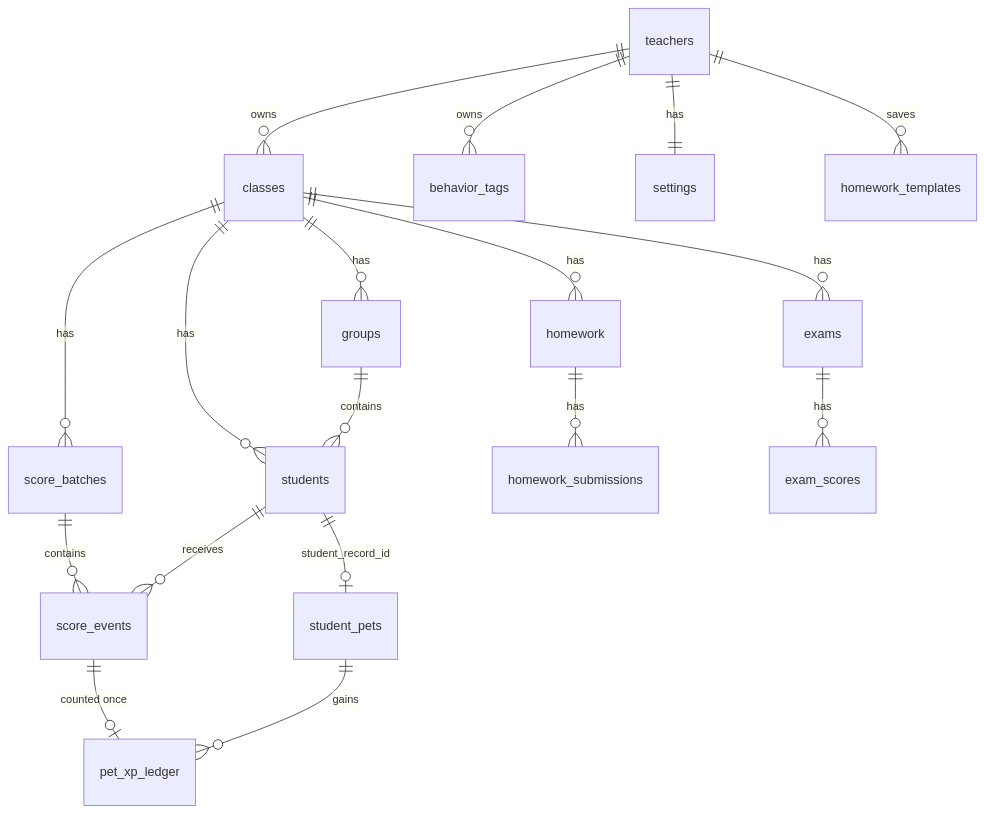
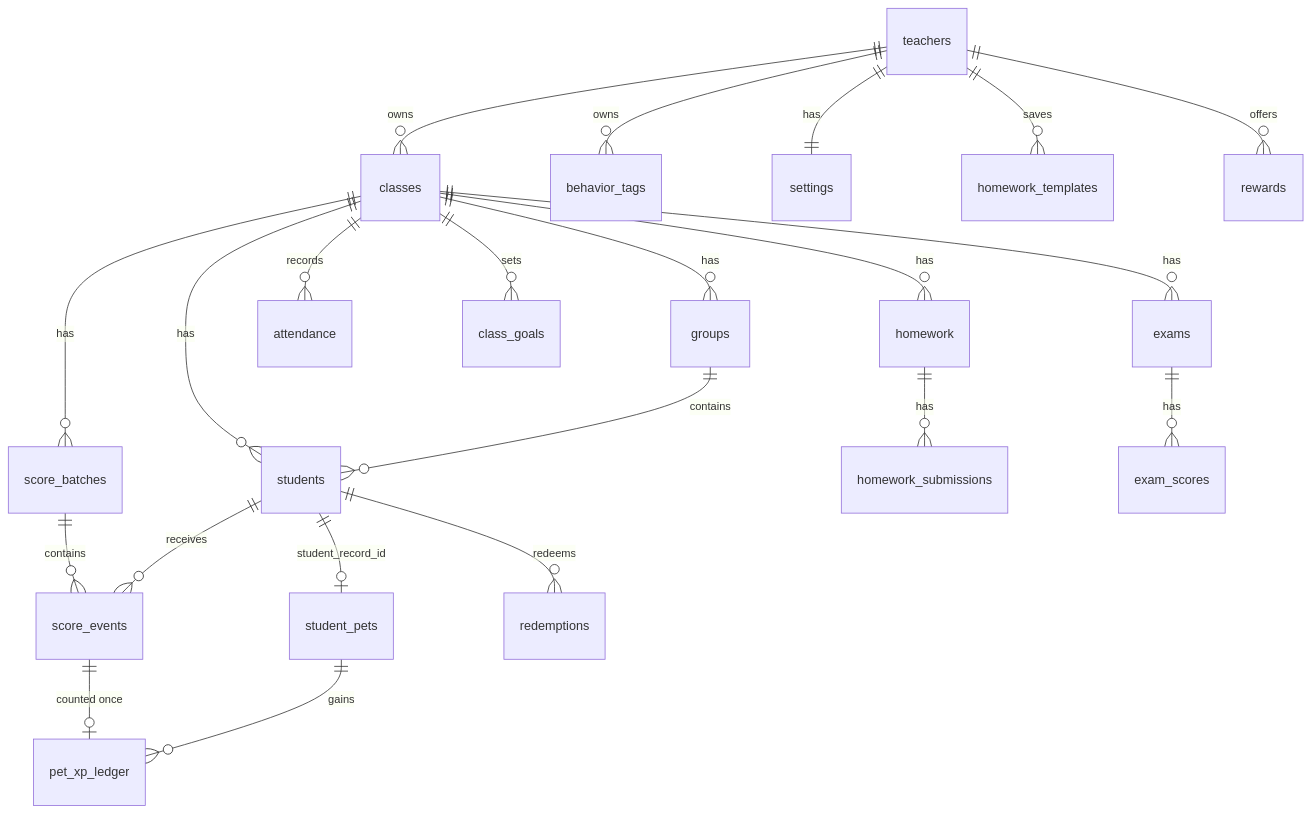
The diagram in docs/database.md (pomanworking-cmyk/tickandmark), drawn with Mermaid before and after one commit. The commit also changed other lines of this file and 18 other files, not shown here.

````diff
--- a/docs/database.md
+++ b/docs/database.md
@@ -5,20 +5,24 @@
 ```mermaid
 erDiagram
   teachers ||--o{ classes : owns
   teachers ||--o{ behavior_tags : owns
   teachers ||--|| settings : has
   classes ||--o{ students : has
   classes ||--o{ groups : has
   groups ||--o{ students : contains
   students ||--o| student_pets : "student_record_id"
   classes ||--o{ score_batches : has
   score_batches ||--o{ score_events : contains
   students ||--o{ score_events : receives
   score_events ||--o| pet_xp_ledger : "counted once"
   student_pets ||--o{ pet_xp_ledger : gains
   classes ||--o{ homework : has
   homework ||--o{ homework_submissions : has
   teachers ||--o{ homework_templates : saves
+  classes ||--o{ attendance : records
+  classes ||--o{ class_goals : sets
+  teachers ||--o{ rewards : offers
+  students ||--o{ redemptions : redeems
   classes ||--o{ exams : has
   exams ||--o{ exam_scores : has
 ```
````
